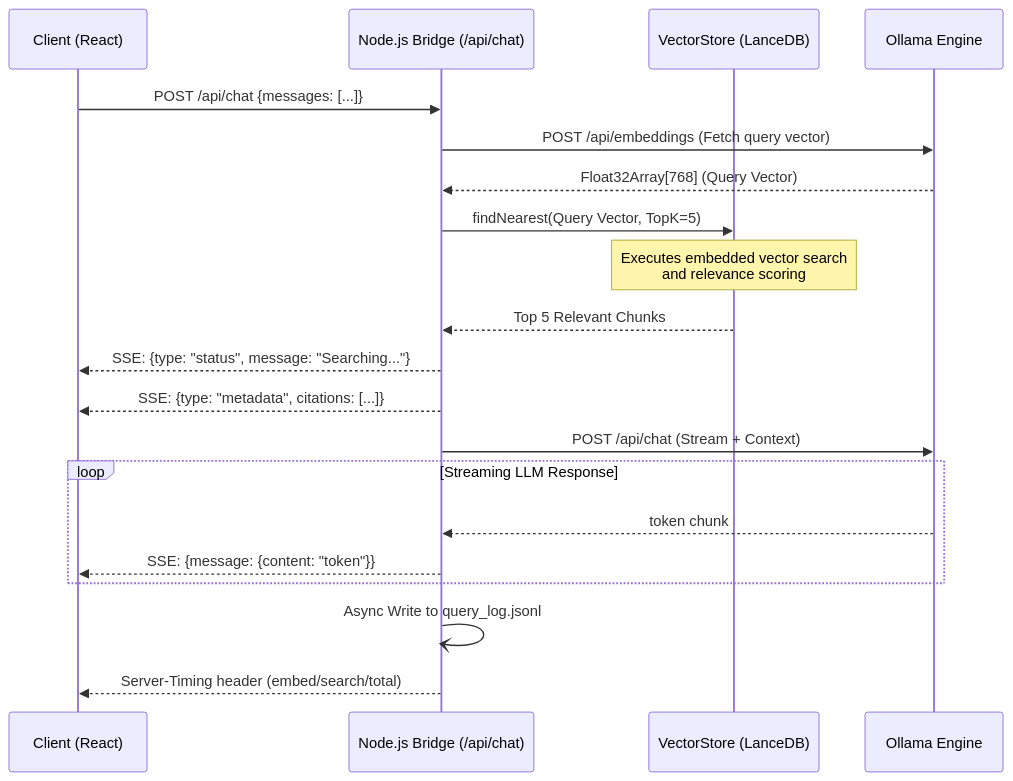
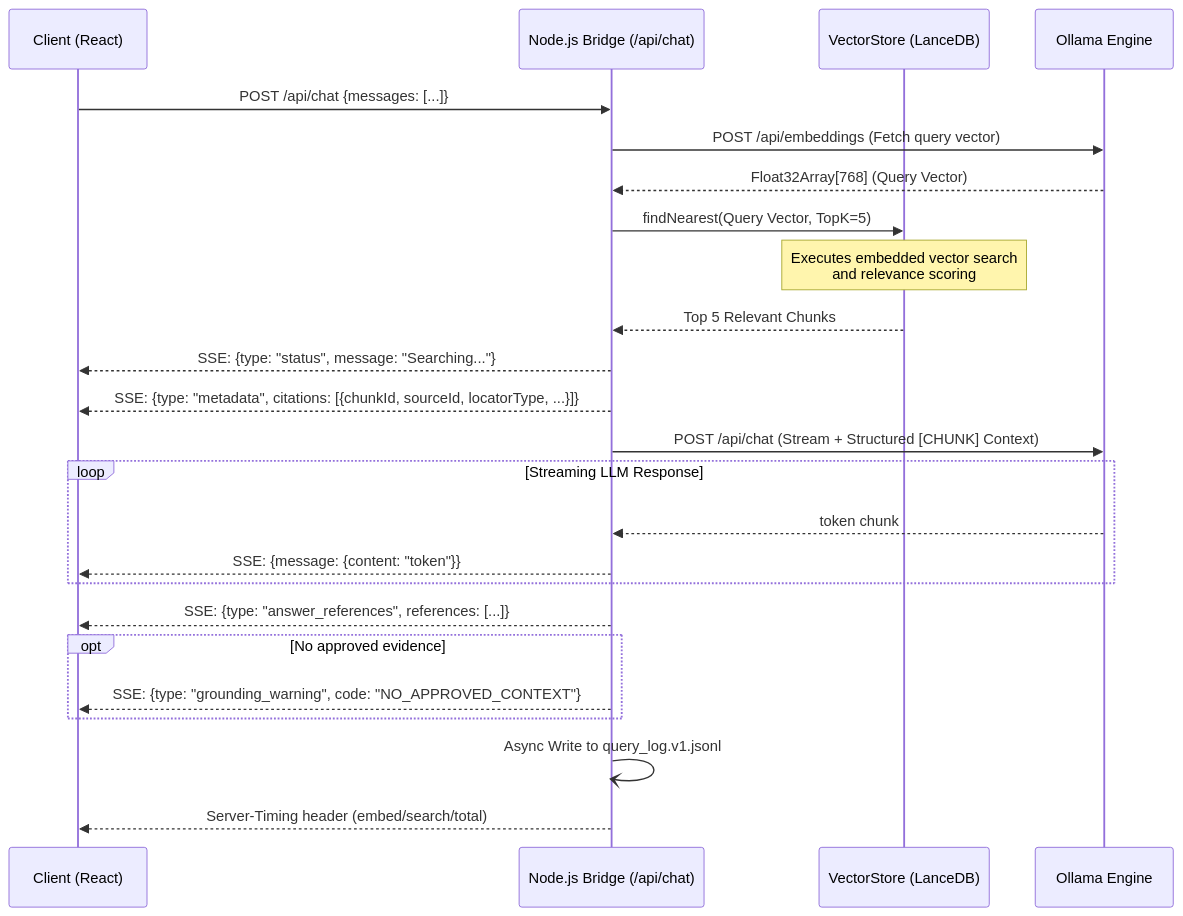
One commit to nhlutterodt/Lightweight-Local-Rag changed the first of 2 diagrams in docs/Architecture_Design.md. Above: the diagram before and after it, drawn with Mermaid. The commit also changed other lines of this file and 44 other files, not shown here.

First line of the commit message:
feat: Add Phase F Evidence Package and related schema validation

````diff
--- a/docs/Architecture_Design.md
+++ b/docs/Architecture_Design.md
@@ -73,28 +74,33 @@
 ```mermaid
 sequenceDiagram
     participant UI as Client (React)
     participant Node as Node.js Bridge (/api/chat)
     participant VStore as VectorStore (LanceDB)
     participant Ollama as Ollama Engine
 
     UI->>Node: POST /api/chat {messages: [...]}
     Node->>Ollama: POST /api/embeddings (Fetch query vector)
     Ollama-->>Node: Float32Array[768] (Query Vector)
 
     Node->>VStore: findNearest(Query Vector, TopK=5)
     Note over VStore: Executes embedded vector search<br/>and relevance scoring
     VStore-->>Node: Top 5 Relevant Chunks
 
     Node-->>UI: SSE: {type: "status", message: "Searching..."}
-    Node-->>UI: SSE: {type: "metadata", citations: [...]}
+    Node-->>UI: SSE: {type: "metadata", citations: [{chunkId, sourceId, locatorType, ...}]}
 
-    Node->>Ollama: POST /api/chat (Stream + Context)
+    Node->>Ollama: POST /api/chat (Stream + Structured [CHUNK] Context)
 
     loop Streaming LLM Response
         Ollama-->>Node: token chunk
         Node-->>UI: SSE: {message: {content: "token"}}
     end
 
-    Node-)Node: Async Write to query_log.jsonl
+    Node-->>UI: SSE: {type: "answer_references", references: [...]}
+    opt No approved evidence
+      Node-->>UI: SSE: {type: "grounding_warning", code: "NO_APPROVED_CONTEXT"}
+    end
+
+    Node-)Node: Async Write to query_log.v1.jsonl
     Node-->>UI: Server-Timing header (embed/search/total)
 ```
````
